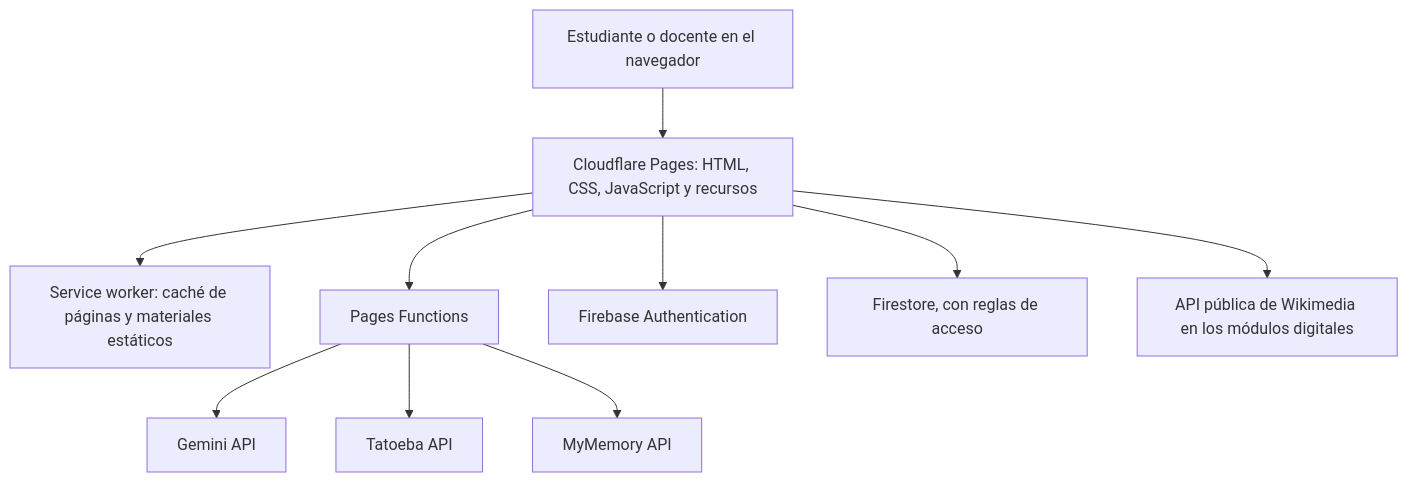
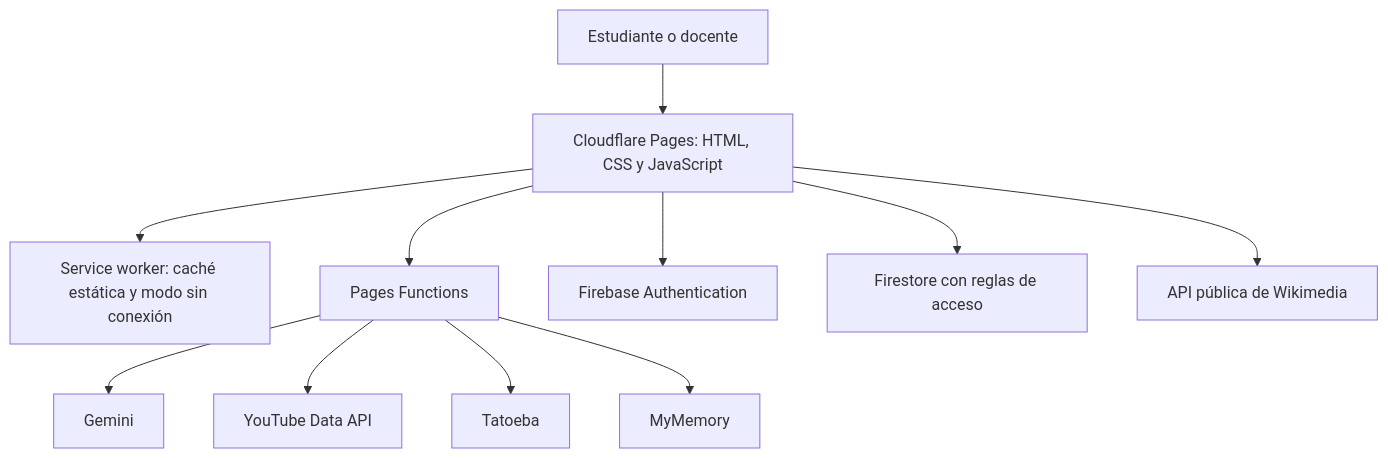
The diagram in docs/arquitectura.md (Ruben-arc3/decido-cuidarme), drawn with Mermaid before and after one commit. The commit also changed other lines of this file and 78 other files, not shown here.

````diff
--- a/docs/arquitectura.md
+++ b/docs/arquitectura.md
@@ -5,12 +5,13 @@
 ```mermaid
 flowchart TD
-    N[Estudiante o docente en el navegador] --> P[Cloudflare Pages: HTML, CSS, JavaScript y recursos]
-    P --> SW[Service worker: caché de páginas y materiales estáticos]
-    P --> CF[Pages Functions]
-    CF --> G[Gemini API]
-    CF --> T[Tatoeba API]
-    CF --> M[MyMemory API]
-    P --> FA[Firebase Authentication]
-    P --> FS[Firestore, con reglas de acceso]
-    P --> W[API pública de Wikimedia en los módulos digitales]
+    U[Estudiante o docente] --> WEB[Cloudflare Pages: HTML, CSS y JavaScript]
+    WEB --> SW[Service worker: caché estática y modo sin conexión]
+    WEB --> API[Pages Functions]
+    API --> GEM[Gemini]
+    API --> YT[YouTube Data API]
+    API --> TA[Tatoeba]
+    API --> MM[MyMemory]
+    WEB --> AUTH[Firebase Authentication]
+    WEB --> DB[Firestore con reglas de acceso]
+    WEB --> WIKI[API pública de Wikimedia]
 ```
````
